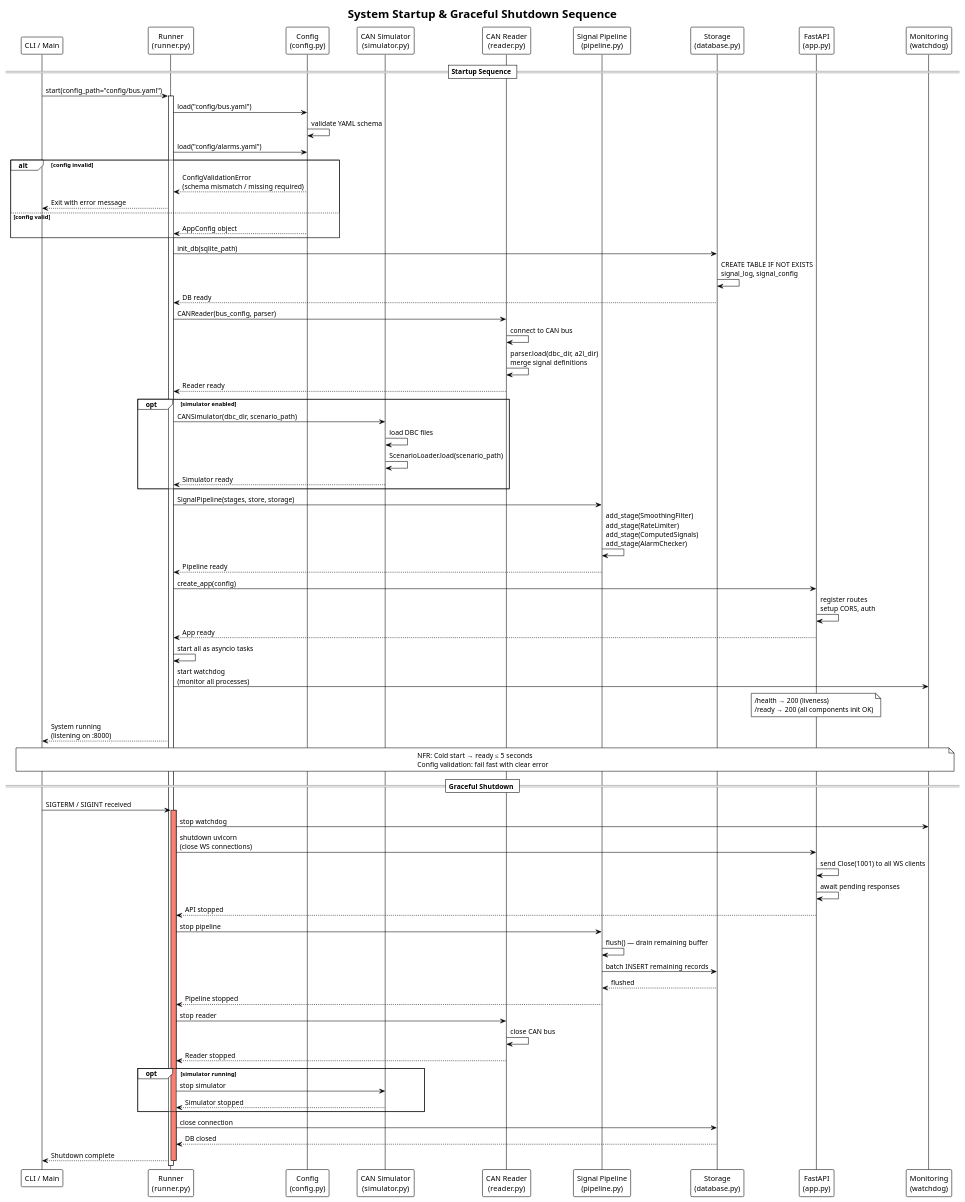
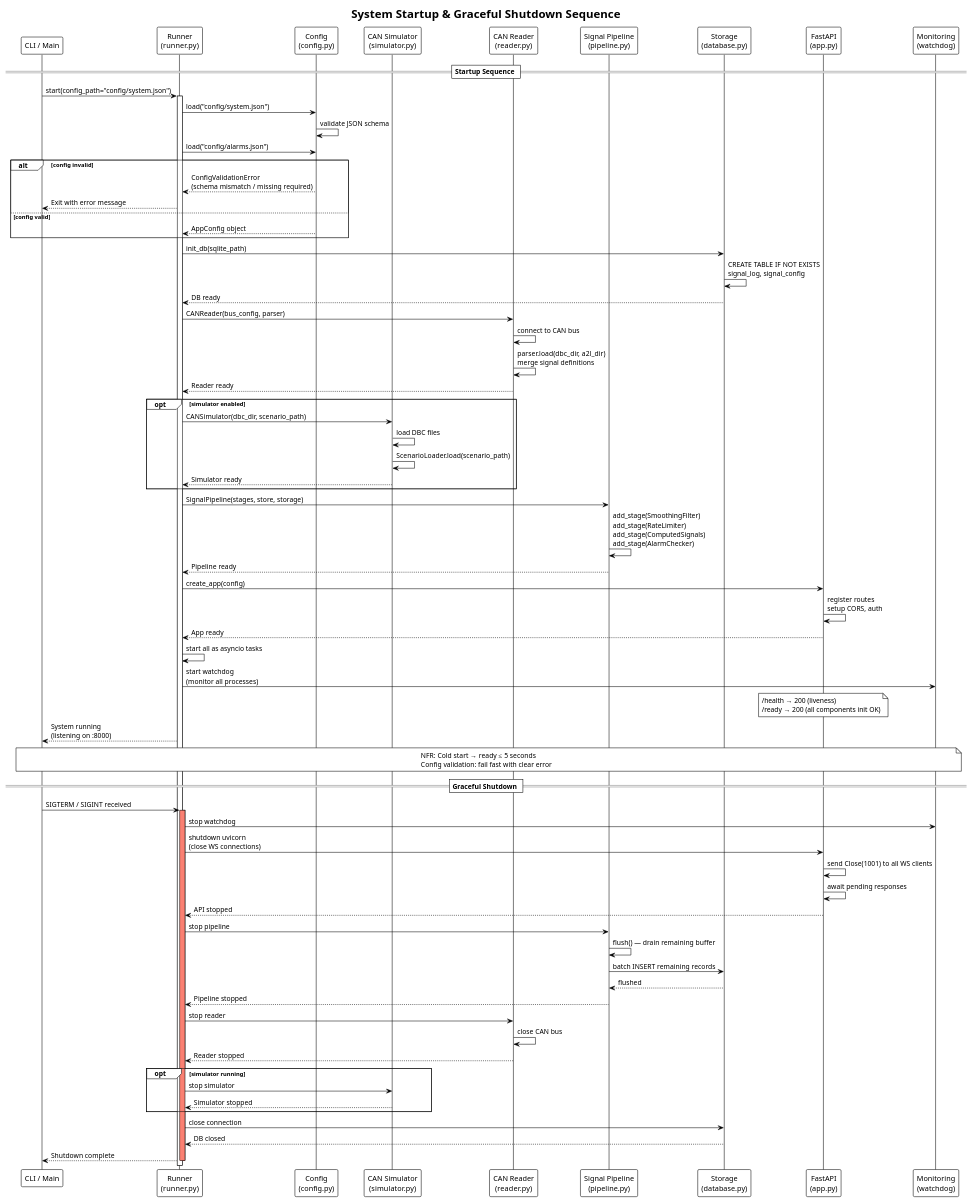
The diagram in diagram/13_sequence_startup_shutdown.puml (3tdn/car-hmi), drawn with PlantUML before and after one commit. The commit also changed 35 other files, not shown here.

Commit message:
thay doi config yaml thanh json

```diff
--- a/diagram/13_sequence_startup_shutdown.puml
+++ b/diagram/13_sequence_startup_shutdown.puml
@@ -1,97 +1,97 @@
 @startuml Sequence - System Startup
 !theme plain
 title System Startup & Graceful Shutdown Sequence
 
 participant "CLI / Main" as cli
 participant "Runner\n(runner.py)" as runner
 participant "Config\n(config.py)" as config
 participant "CAN Simulator\n(simulator.py)" as sim
 participant "CAN Reader\n(reader.py)" as reader
 participant "Signal Pipeline\n(pipeline.py)" as pipe
 participant "Storage\n(database.py)" as db
 participant "FastAPI\n(app.py)" as api
 participant "Monitoring\n(watchdog)" as mon
 
 == Startup Sequence ==
 
-cli -> runner : start(config_path="config/bus.yaml")
+cli -> runner : start(config_path="config/system.json")
 activate runner
 
-runner -> config : load("config/bus.yaml")
-config -> config : validate YAML schema
-runner -> config : load("config/alarms.yaml")
+runner -> config : load("config/system.json")
+config -> config : validate JSON schema
+runner -> config : load("config/alarms.json")
 alt config invalid
     config --> runner : ConfigValidationError\n(schema mismatch / missing required)
     runner --> cli : Exit with error message
 else config valid
     config --> runner : AppConfig object
 end
 
 runner -> db : init_db(sqlite_path)
 db -> db : CREATE TABLE IF NOT EXISTS\nsignal_log, signal_config
 db --> runner : DB ready
 
 runner -> reader : CANReader(bus_config, parser)
 reader -> reader : connect to CAN bus
 reader -> reader : parser.load(dbc_dir, a2l_dir)\nmerge signal definitions
 reader --> runner : Reader ready
 
 opt simulator enabled
     runner -> sim : CANSimulator(dbc_dir, scenario_path)
     sim -> sim : load DBC files
     sim -> sim : ScenarioLoader.load(scenario_path)
     sim --> runner : Simulator ready
 end
 
 runner -> pipe : SignalPipeline(stages, store, storage)
 pipe -> pipe : add_stage(SmoothingFilter)\nadd_stage(RateLimiter)\nadd_stage(ComputedSignals)\nadd_stage(AlarmChecker)
 pipe --> runner : Pipeline ready
 
 runner -> api : create_app(config)
 api -> api : register routes\nsetup CORS, auth
 api --> runner : App ready
 
 runner -> runner : start all as asyncio tasks
 runner -> mon : start watchdog\n(monitor all processes)
 
 note over api : /health → 200 (liveness)\n/ready → 200 (all components init OK)
 runner --> cli : System running\n(listening on :8000)
 
 note over cli, mon
   NFR: Cold start → ready ≤ 5 seconds
   Config validation: fail fast with clear error
 end note
 
 == Graceful Shutdown ==
 
 cli -> runner : SIGTERM / SIGINT received
 activate runner #salmon
 
 runner -> mon : stop watchdog
 runner -> api : shutdown uvicorn\n(close WS connections)
 api -> api : send Close(1001) to all WS clients
 api -> api : await pending responses
 api --> runner : API stopped
 
 runner -> pipe : stop pipeline
 pipe -> pipe : flush() — drain remaining buffer
 pipe -> db : batch INSERT remaining records
 db --> pipe : flushed
 pipe --> runner : Pipeline stopped
 
 runner -> reader : stop reader
 reader -> reader : close CAN bus
 reader --> runner : Reader stopped
 
 opt simulator running
     runner -> sim : stop simulator
     sim --> runner : Simulator stopped
 end
 
 runner -> db : close connection
 db --> runner : DB closed
 
 runner --> cli : Shutdown complete
 deactivate runner
 
 @enduml
```
